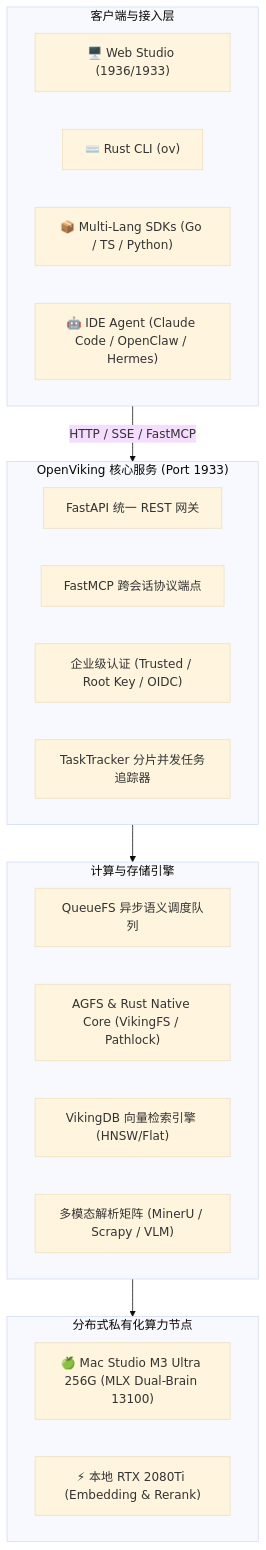
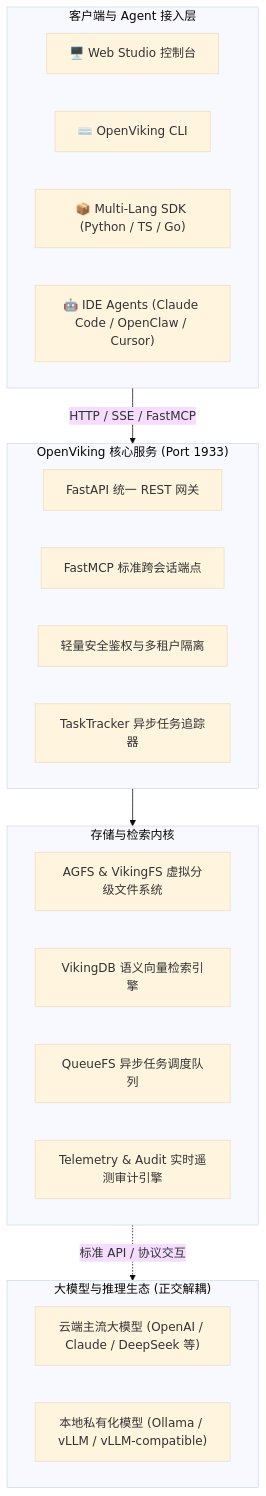
The diagram in README_CN.md (skloxo/OpenVikingStudio), drawn with Mermaid (base theme) before and after one commit. The commit also changed other lines of this file and 2 other files, not shown here.

Commit message:
docs: overhaul README with clean open-source positioning, decoupled topology, and visionary roadmap

````diff
--- a/README_CN.md
+++ b/README_CN.md
@@ -102,32 +54,32 @@
 ```mermaid
 flowchart TD
-    subgraph Client ["客户端与接入层"]
-        Web["🖥️ Web Studio (1936/1933)"]
-        CLI["⌨️ Rust CLI (ov)"]
-        SDK["📦 Multi-Lang SDKs (Go / TS / Python)"]
-        IDE["🤖 IDE Agent (Claude Code / OpenClaw / Hermes)"]
+    subgraph Client ["客户端与 Agent 接入层"]
+        Web["🖥️ Web Studio 控制台"]
+        CLI["⌨️ OpenViking CLI"]
+        SDK["📦 Multi-Lang SDK (Python / TS / Go)"]
+        IDE["🤖 IDE Agents (Claude Code / OpenClaw / Cursor)"]
     end
 
     subgraph Server ["OpenViking 核心服务 (Port 1933)"]
         API["FastAPI 统一 REST 网关"]
-        MCP["FastMCP 跨会话协议端点"]
-        Auth["企业级认证 (Trusted / Root Key / OIDC)"]
-        TT["TaskTracker 分片并发任务追踪器"]
+        MCP["FastMCP 标准跨会话端点"]
+        Auth["轻量安全鉴权与多租户隔离"]
+        TaskEngine["TaskTracker 异步任务追踪器"]
     end
 
-    subgraph Engine ["计算与存储引擎"]
-        Queue["QueueFS 异步语义调度队列"]
-        RagFS["AGFS & Rust Native Core (VikingFS / Pathlock)"]
-        VikingDB["VikingDB 向量检索引擎 (HNSW/Flat)"]
-        Parser["多模态解析矩阵 (MinerU / Scrapy / VLM)"]
+    subgraph Engine ["存储与检索内核"]
+        VikingFS["AGFS & VikingFS 虚拟分级文件系统"]
+        VectorDB["VikingDB 语义向量检索引擎"]
+        Queue["QueueFS 异步任务调度队列"]
+        Observability["Telemetry & Audit 实时遥测审计引擎"]
     end
 
-    subgraph Compute ["分布式私有化算力节点"]
-        Mac["🍏 Mac Studio M3 Ultra 256G (MLX Dual-Brain 13100)"]
-        LocalGPU["⚡ 本地 RTX 2080Ti (Embedding & Rerank)"]
+    subgraph Models ["大模型与推理生态 (正交解耦)"]
+        CloudLLM["云端主流大模型 (OpenAI / Claude / DeepSeek 等)"]
+        LocalLLM["本地私有化模型 (Ollama / vLLM / vLLM-compatible)"]
     end
 
     Client -->|"HTTP / SSE / FastMCP"| Server
     Server --> Engine
-    Engine --> Compute
+    Engine -.->|"标准 API / 协议交互"| Models
 ```
````
